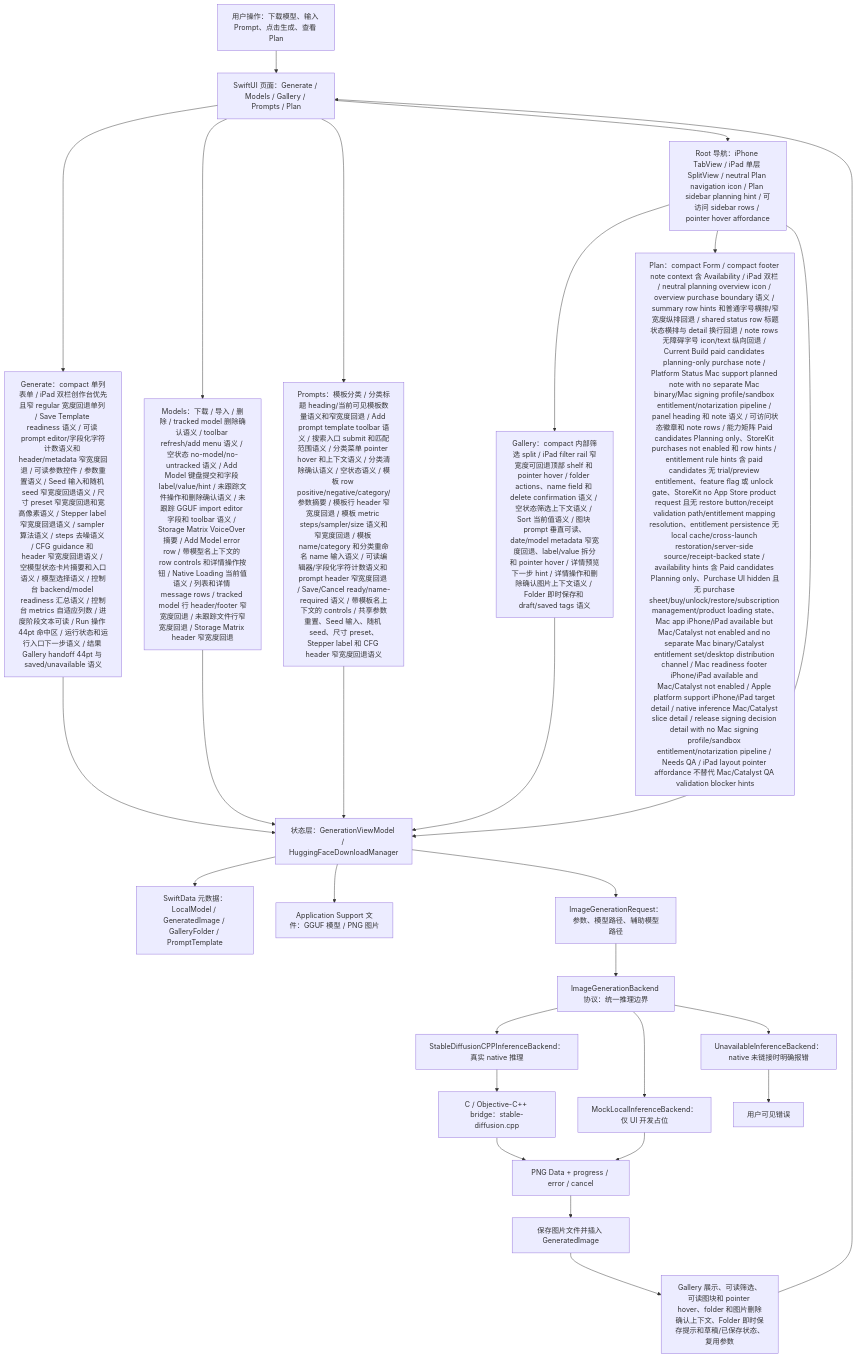
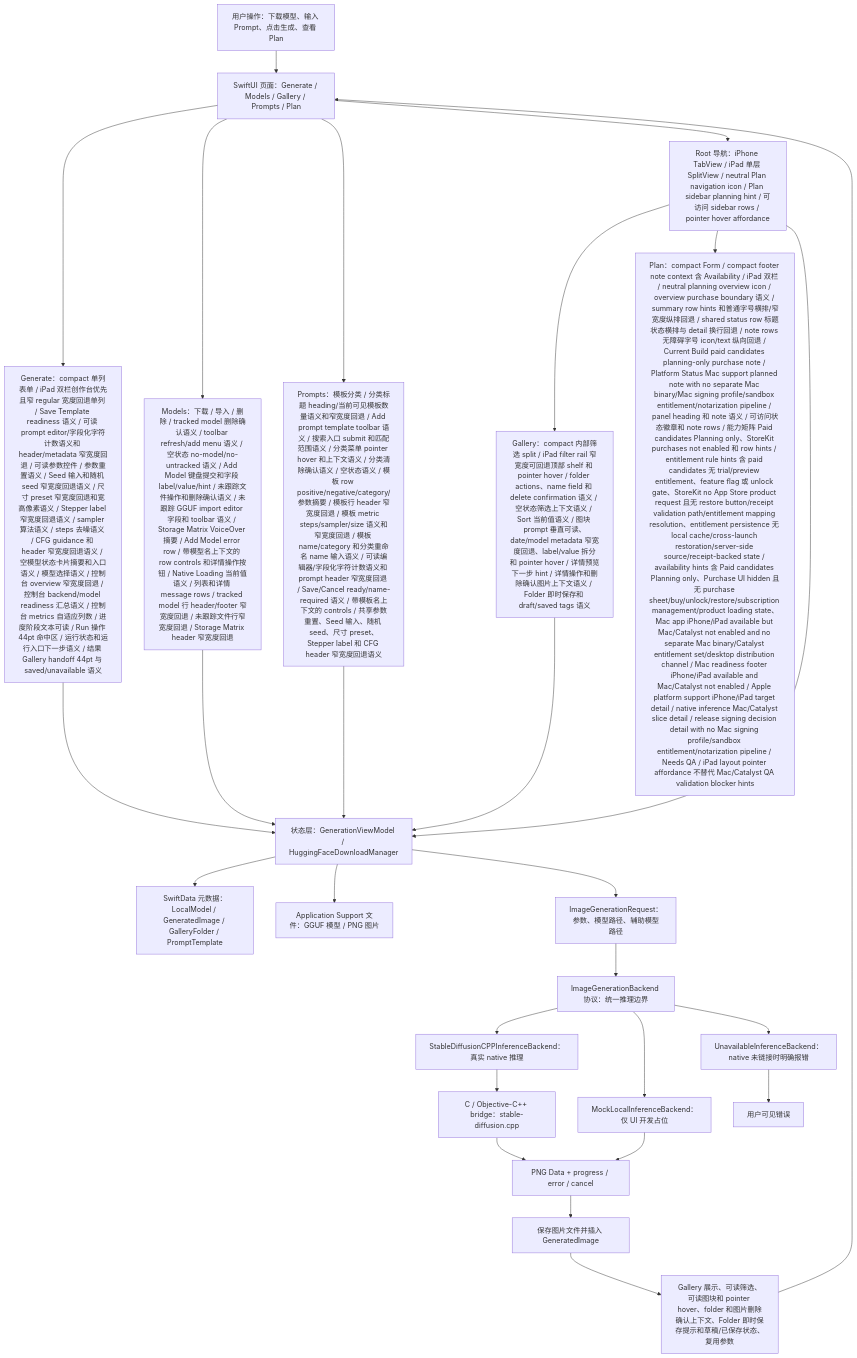
The first of 7 diagrams in md/flow/flowchart.md (Altman-sam114/118), drawn with Mermaid before and after one commit. The commit also changed 5 other files, not shown here.

````diff
--- a/md/flow/flowchart.md
+++ b/md/flow/flowchart.md
@@ -9,29 +9,29 @@
 ```mermaid
 flowchart TD
   U["用户操作：下载模型、输入 Prompt、点击生成、查看 Plan"] --> UI["SwiftUI 页面：Generate / Models / Gallery / Prompts / Plan"]
-  UI --> GENUI["Generate：compact 单列表单 / iPad 双栏创作台优先且窄 regular 宽度回退单列 / Save Template readiness 语义 / 可读 prompt editor/字段化字符计数语义和 header/metadata 窄宽度回退 / 可读参数控件 / 参数重置语义 / Seed 输入和随机 seed 窄宽度回退语义 / 尺寸 preset 窄宽度回退和宽高像素语义 / Stepper label 窄宽度回退语义 / sampler 算法语义 / steps 去噪语义 / CFG guidance 和 header 窄宽度回退语义 / 空模型状态卡片摘要和入口语义 / 模型选择语义 / 控制台 backend/model readiness 汇总语义 / 控制台 metrics 自适应列数 / 进度阶段文本可读 / Run 操作 44pt 命中区 / 运行状态和运行入口下一步语义 / 结果 Gallery handoff 44pt 与 saved/unavailable 语义"]
+  UI --> GENUI["Generate：compact 单列表单 / iPad 双栏创作台优先且窄 regular 宽度回退单列 / Save Template readiness 语义 / 可读 prompt editor/字段化字符计数语义和 header/metadata 窄宽度回退 / 可读参数控件 / 参数重置语义 / Seed 输入和随机 seed 窄宽度回退语义 / 尺寸 preset 窄宽度回退和宽高像素语义 / Stepper label 窄宽度回退语义 / sampler 算法语义 / steps 去噪语义 / CFG guidance 和 header 窄宽度回退语义 / 空模型状态卡片摘要和入口语义 / 模型选择语义 / 控制台 overview 窄宽度回退 / 控制台 backend/model readiness 汇总语义 / 控制台 metrics 自适应列数 / 进度阶段文本可读 / Run 操作 44pt 命中区 / 运行状态和运行入口下一步语义 / 结果 Gallery handoff 44pt 与 saved/unavailable 语义"]
   UI --> MODELUI["Models：下载 / 导入 / 删除 / tracked model 删除确认语义 / toolbar refresh/add menu 语义 / 空状态 no-model/no-untracked 语义 / Add Model 键盘提交和字段 label/value/hint / 未跟踪文件操作和删除确认语义 / 未跟踪 GGUF import editor 字段和 toolbar 语义 / Storage Matrix VoiceOver 摘要 / Add Model error row / 带模型名上下文的 row controls 和详情操作按钮 / Native Loading 当前值语义 / 列表和详情 message rows / tracked model 行 header/footer 窄宽度回退 / 未跟踪文件行窄宽度回退 / Storage Matrix header 窄宽度回退"]
   UI --> PROMPTUI["Prompts：模板分类 / 分类标题 heading/当前可见模板数量语义和窄宽度回退 / Add prompt template toolbar 语义 / 搜索入口 submit 和匹配范围语义 / 分类菜单 pointer hover 和上下文语义 / 分类清除确认语义 / 空状态语义 / 模板 row positive/negative/category/参数摘要 / 模板行 header 窄宽度回退 / 模板 metric steps/sampler/size 语义和窄宽度回退 / 模板 name/category 和分类重命名 name 输入语义 / 可读编辑器/字段化字符计数语义和 prompt header 窄宽度回退 / Save/Cancel ready/name-required 语义 / 带模板名上下文的 controls / 共享参数重置、Seed 输入、随机 seed、尺寸 preset、Stepper label 和 CFG header 窄宽度回退语义"]
   UI --> NAV["Root 导航：iPhone TabView / iPad 单层 SplitView / neutral Plan navigation icon / Plan sidebar planning hint / 可访问 sidebar rows / pointer hover affordance"]
   NAV --> GALUI["Gallery：compact 内部筛选 split / iPad filter rail 窄宽度可回退顶部 shelf 和 pointer hover / folder actions、name field 和 delete confirmation 语义 / 空状态筛选上下文语义 / Sort 当前值语义 / 图块 prompt 垂直可读、date/model metadata 窄宽度回退、label/value 拆分和 pointer hover / 详情预览下一步 hint / 详情操作和删除确认图片上下文语义 / Folder 即时保存和 draft/saved tags 语义"]
   NAV --> PLANUI["Plan：compact Form / compact footer note context 含 Availability / iPad 双栏 / neutral planning overview icon / overview purchase boundary 语义 / summary row hints 和普通字号横排/窄宽度纵排回退 / shared status row 标题状态横排与 detail 换行回退 / note rows 无障碍字号 icon/text 纵向回退 / Current Build paid candidates planning-only purchase note / Platform Status Mac support planned note with no separate Mac binary/Mac signing profile/sandbox entitlement/notarization pipeline / panel heading 和 note 语义 / 可访问状态徽章和 note rows / 能力矩阵 Paid candidates Planning only、StoreKit purchases not enabled 和 row hints / entitlement rule hints 含 paid candidates 无 trial/preview entitlement、feature flag 或 unlock gate、StoreKit no App Store product request 且无 restore button/receipt validation path/entitlement mapping resolution、entitlement persistence 无 local cache/cross-launch restoration/server-side source/receipt-backed state / availability hints 含 Paid candidates Planning only、Purchase UI hidden 且无 purchase sheet/buy/unlock/restore/subscription management/product loading state、Mac app iPhone/iPad available but Mac/Catalyst not enabled and no separate Mac binary/Catalyst entitlement set/desktop distribution channel / Mac readiness footer iPhone/iPad available and Mac/Catalyst not enabled / Apple platform support iPhone/iPad target detail / native inference Mac/Catalyst slice detail / release signing decision detail with no Mac signing profile/sandbox entitlement/notarization pipeline / Needs QA / iPad layout pointer affordance 不替代 Mac/Catalyst QA validation blocker hints"]
   NAV --> VM["状态层：GenerationViewModel / HuggingFaceDownloadManager"]
   GENUI --> VM
   MODELUI --> VM
   PROMPTUI --> VM
   GALUI --> VM
   VM --> SD["SwiftData 元数据：LocalModel / GeneratedImage / GalleryFolder / PromptTemplate"]
   VM --> FS["Application Support 文件：GGUF 模型 / PNG 图片"]
   VM --> REQ["ImageGenerationRequest：参数、模型路径、辅助模型路径"]
   REQ --> IFACE["ImageGenerationBackend 协议：统一推理边界"]
   IFACE --> NATIVE["StableDiffusionCPPInferenceBackend：真实 native 推理"]
   IFACE --> MOCK["MockLocalInferenceBackend：仅 UI 开发占位"]
   IFACE --> OFF["UnavailableInferenceBackend：native 未链接时明确报错"]
   NATIVE --> BRIDGE["C / Objective-C++ bridge：stable-diffusion.cpp"]
   BRIDGE --> PNG["PNG Data + progress / error / cancel"]
   MOCK --> PNG
   OFF --> ERR["用户可见错误"]
   PNG --> SAVE["保存图片文件并插入 GeneratedImage"]
   SAVE --> GALLERY["Gallery 展示、可读筛选、可读图块和 pointer hover、folder 和图片删除确认上下文、Folder 即时保存提示和草稿/已保存状态、复用参数"]
   GALLERY --> UI
 ```
````
